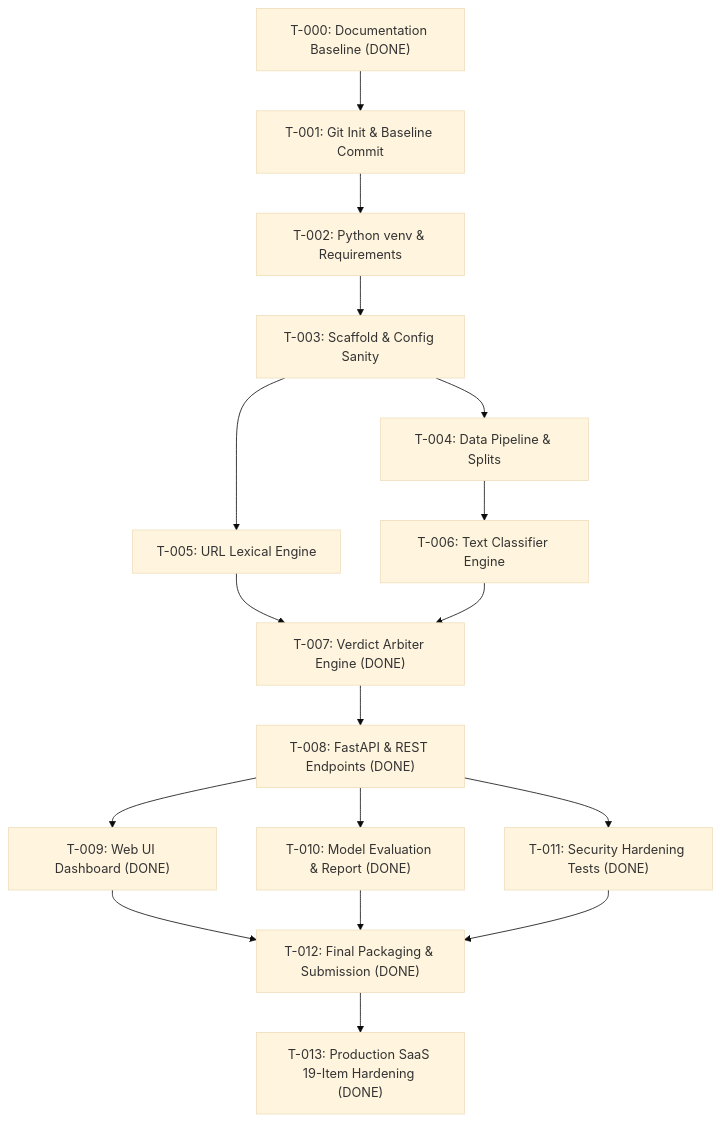
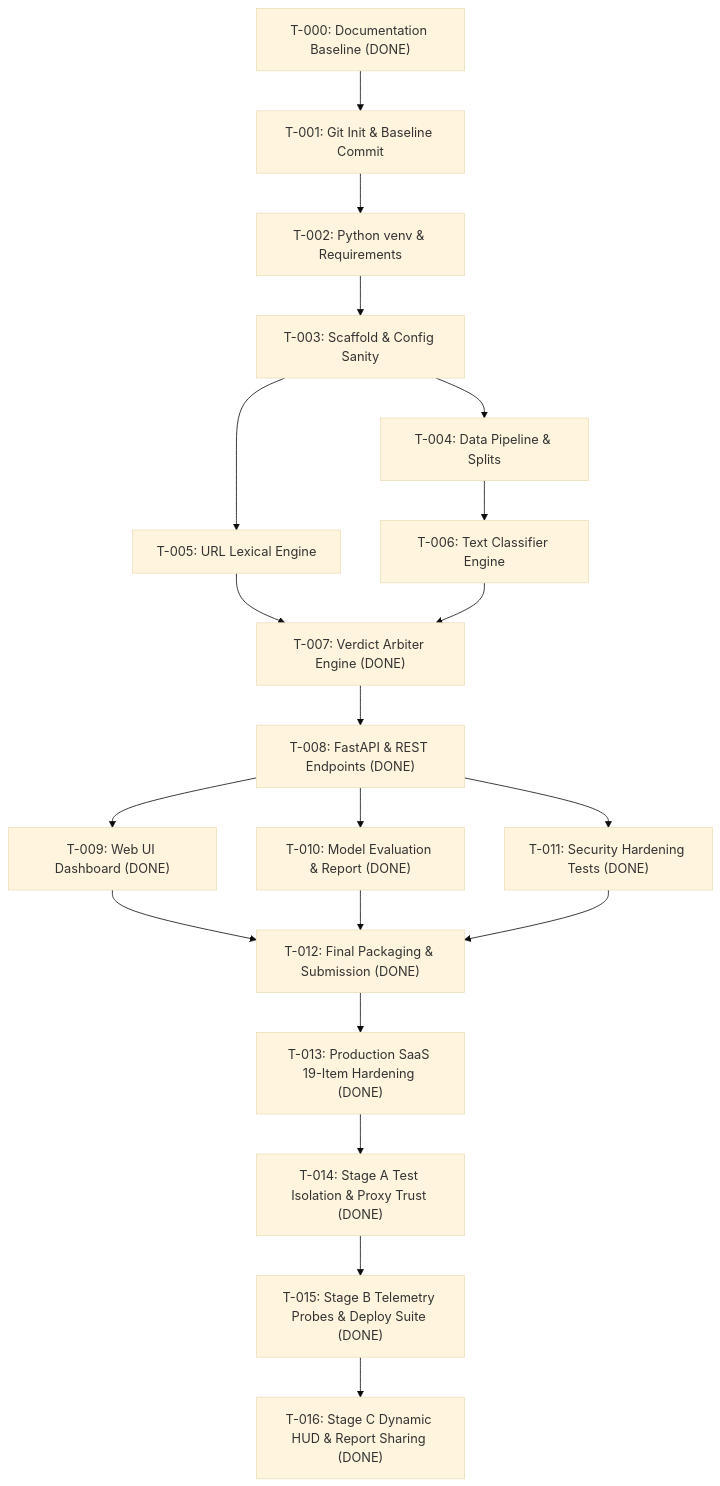
One commit to Gazanfershirkol/ScamShield01 changed the diagram in TASKS.md. Above: the diagram before and after it, drawn with Mermaid (base theme). The commit also changed other lines of this file and 20 other files, not shown here.

````diff
--- a/TASKS.md
+++ b/TASKS.md
@@ -31,19 +35,22 @@
 ```mermaid
 graph TD
     T000["T-000: Documentation Baseline (DONE)"] --> T001["T-001: Git Init & Baseline Commit"]
     T001 --> T002["T-002: Python venv & Requirements"]
     T002 --> T003["T-003: Scaffold & Config Sanity"]
     T003 --> T004["T-004: Data Pipeline & Splits"]
     T003 --> T005["T-005: URL Lexical Engine"]
     T004 --> T006["T-006: Text Classifier Engine"]
     T005 --> T007["T-007: Verdict Arbiter Engine (DONE)"]
     T006 --> T007
     T007 --> T008["T-008: FastAPI & REST Endpoints (DONE)"]
     T008 --> T009["T-009: Web UI Dashboard (DONE)"]
     T008 --> T010["T-010: Model Evaluation & Report (DONE)"]
     T008 --> T011["T-011: Security Hardening Tests (DONE)"]
     T009 --> T012["T-012: Final Packaging & Submission (DONE)"]
     T010 --> T012
     T011 --> T012
     T012 --> T013["T-013: Production SaaS 19-Item Hardening (DONE)"]
+    T013 --> T014["T-014: Stage A Test Isolation & Proxy Trust (DONE)"]
+    T014 --> T015["T-015: Stage B Telemetry Probes & Deploy Suite (DONE)"]
+    T015 --> T016["T-016: Stage C Dynamic HUD & Report Sharing (DONE)"]
 ```
````
